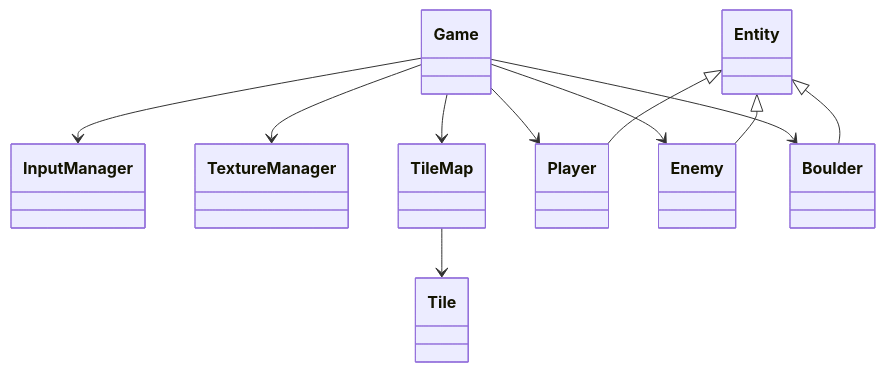
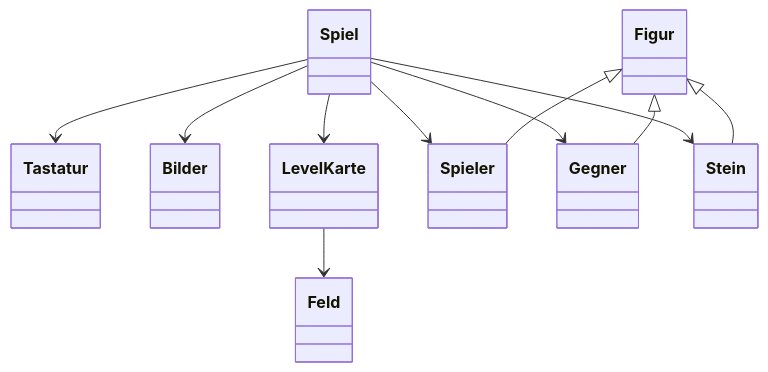
One commit to Mc-smail/CrystalCaverns changed the diagram in README.md. Above: the diagram before and after it, drawn with Mermaid. The commit also changed other lines of this file and 31 other files, not shown here.

````diff
--- a/README.md
+++ b/README.md
@@ -126,23 +126,23 @@
 ```mermaid
 classDiagram
-    class Game
-    class InputManager
-    class TextureManager
-    class TileMap
-    class Tile
-    class Entity
-    class Player
-    class Enemy
-    class Boulder
+    class Spiel
+    class Tastatur
+    class Bilder
+    class LevelKarte
+    class Feld
+    class Figur
+    class Spieler
+    class Gegner
+    class Stein
 
-    Game --> InputManager
-    Game --> TextureManager
-    Game --> TileMap
-    Game --> Player
-    Game --> Enemy
-    Game --> Boulder
-    TileMap --> Tile
-    Entity <|-- Player
-    Entity <|-- Enemy
-    Entity <|-- Boulder
+    Spiel --> Tastatur
+    Spiel --> Bilder
+    Spiel --> LevelKarte
+    Spiel --> Spieler
+    Spiel --> Gegner
+    Spiel --> Stein
+    LevelKarte --> Feld
+    Figur <|-- Spieler
+    Figur <|-- Gegner
+    Figur <|-- Stein
 ```
````
